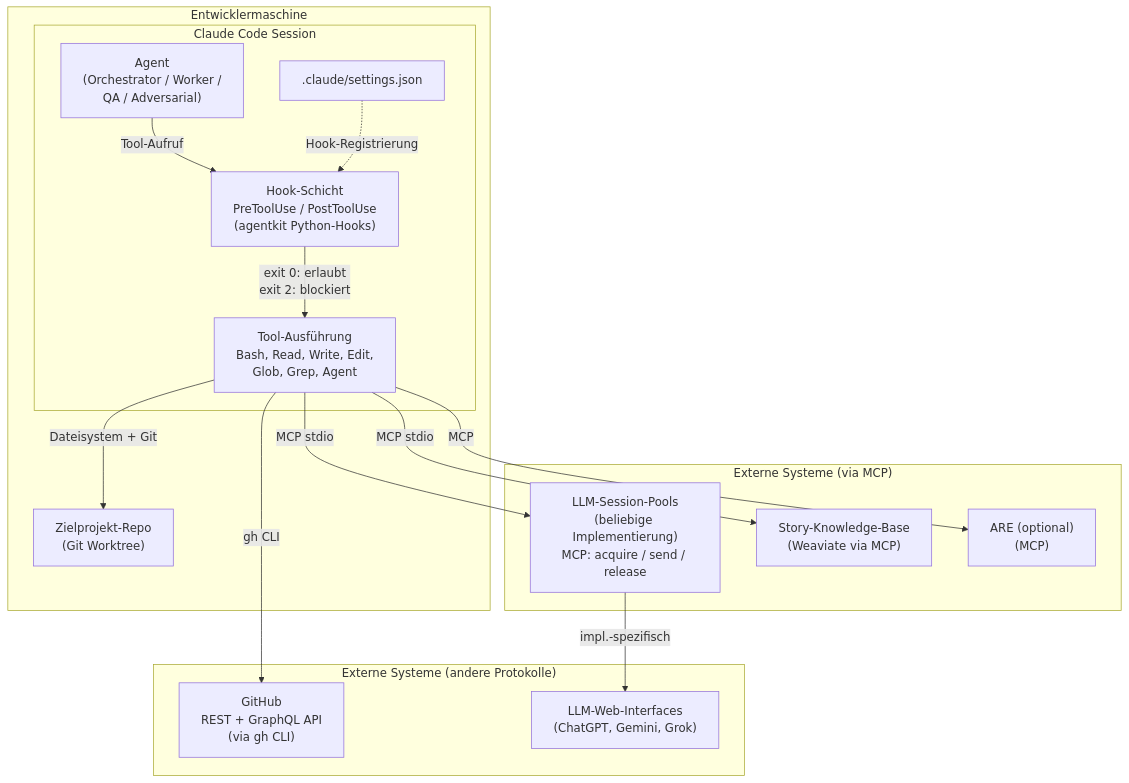
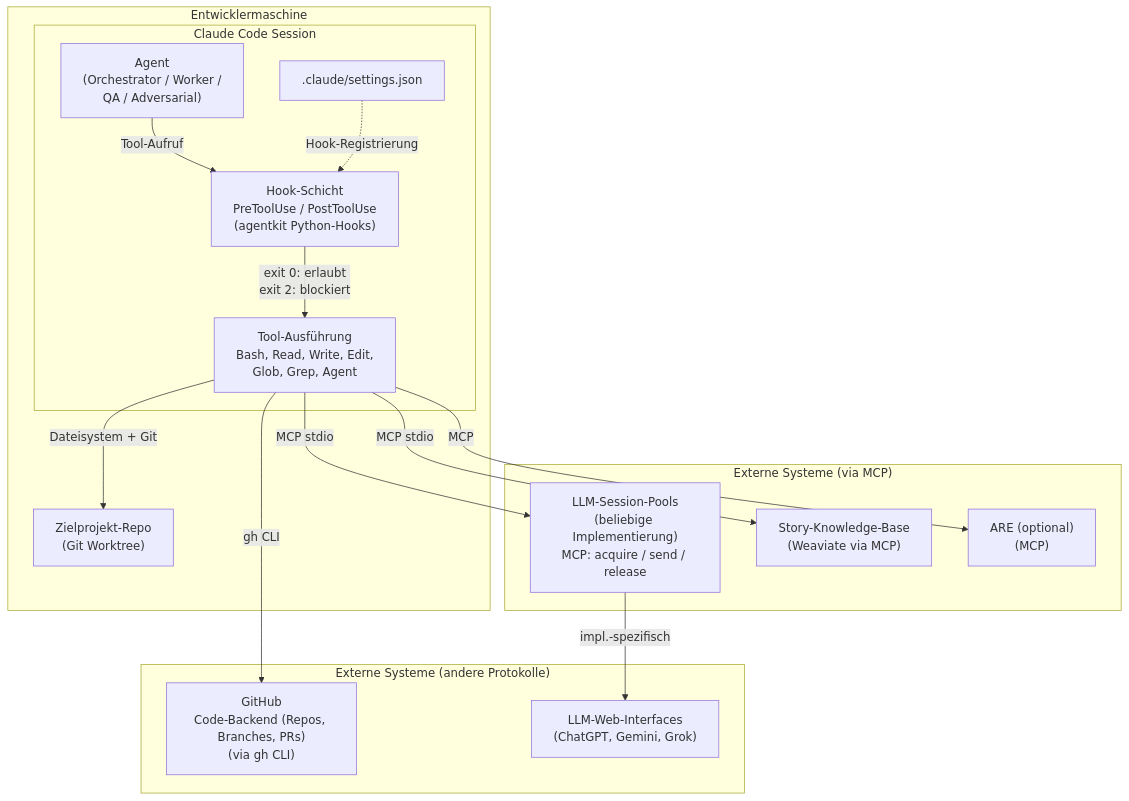
The first of 4 diagrams in concept/technical-design/01_systemkontext_und_architekturprinzipien.md (saltenhof/claude-agentkit3), drawn with Mermaid before and after one commit. The commit also changed other lines of this file and 32 other files, not shown here.

First line of the commit message:
Konzept-Cleanup: GitHub Issues und GraphQL komplett entfernen

````diff
--- a/concept/technical-design/01_systemkontext_und_architekturprinzipien.md
+++ b/concept/technical-design/01_systemkontext_und_architekturprinzipien.md
@@ -53,36 +53,36 @@
 ```mermaid
 graph TB
     subgraph DEV["Entwicklermaschine"]
 
         subgraph CC["Claude Code Session"]
             AGENT["Agent<br/>(Orchestrator / Worker /<br/>QA / Adversarial)"]
             HOOKS["Hook-Schicht<br/>PreToolUse / PostToolUse<br/>(agentkit Python-Hooks)"]
             TOOLS["Tool-Ausführung<br/>Bash, Read, Write, Edit,<br/>Glob, Grep, Agent"]
             SETTINGS[".claude/settings.json"]
 
             AGENT -->|"Tool-Aufruf"| HOOKS
             HOOKS -->|"exit 0: erlaubt<br/>exit 2: blockiert"| TOOLS
             SETTINGS -.->|"Hook-Registrierung"| HOOKS
         end
 
         REPO["Zielprojekt-Repo<br/>(Git Worktree)"]
         TOOLS -->|"Dateisystem + Git"| REPO
     end
 
     subgraph EXTERN_MCP["Externe Systeme (via MCP)"]
         LLM_POOLS["LLM-Session-Pools<br/>(beliebige Implementierung)<br/>MCP: acquire / send / release"]
         VEKTORDB["Story-Knowledge-Base<br/>(Weaviate via MCP)"]
         ARE["ARE (optional)<br/>(MCP)"]
     end
 
     subgraph EXTERN_OTHER["Externe Systeme (andere Protokolle)"]
-        GITHUB["GitHub<br/>REST + GraphQL API<br/>(via gh CLI)"]
+        GITHUB["GitHub<br/>Code-Backend (Repos, Branches, PRs)<br/>(via gh CLI)"]
         LLM_WEB["LLM-Web-Interfaces<br/>(ChatGPT, Gemini, Grok)"]
     end
 
     TOOLS -->|"MCP stdio"| LLM_POOLS
     TOOLS -->|"MCP stdio"| VEKTORDB
     TOOLS -->|"MCP"| ARE
     TOOLS -->|"gh CLI"| GITHUB
     LLM_POOLS -->|"impl.-spezifisch"| LLM_WEB
 ```
````
